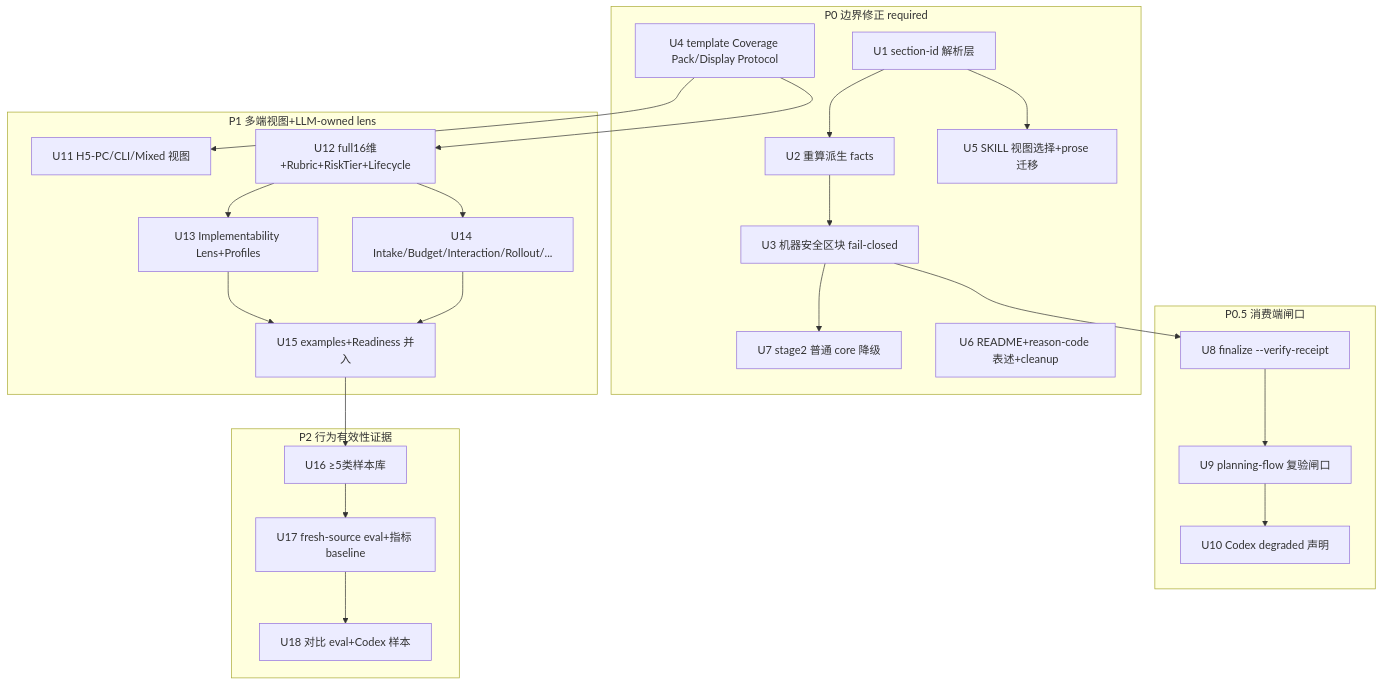
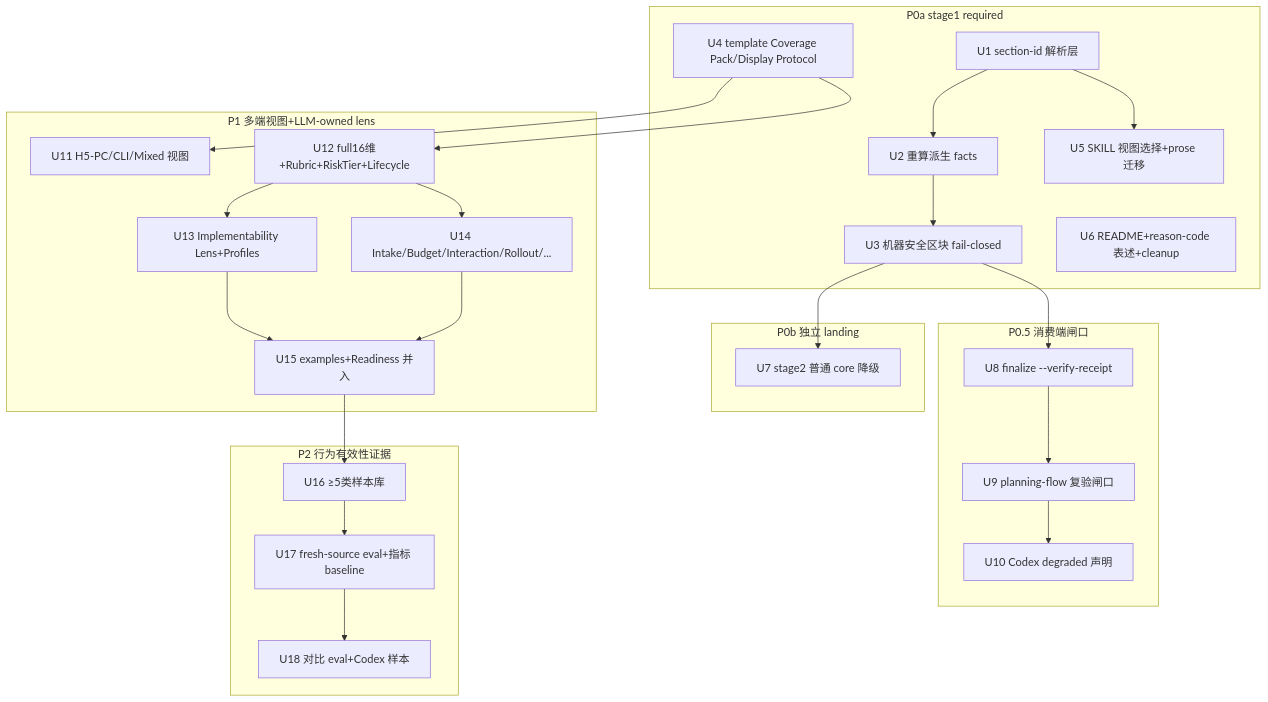
One commit to leo-kuang-ai/spec-first changed the diagram in docs/plans/2026-06-30-002-feat-spec-prd-skill-optimization-plan.md. Above: the diagram before and after it, drawn with Mermaid. The commit also changed other lines of this file and 4 other files, not shown here.

````diff
--- a/docs/plans/2026-06-30-002-feat-spec-prd-skill-optimization-plan.md
+++ b/docs/plans/2026-06-30-002-feat-spec-prd-skill-optimization-plan.md
@@ -600,29 +632,31 @@
 ```mermaid
 flowchart TD
-  subgraph P0[P0 边界修正 required]
+  subgraph P0A[P0a stage1 required]
     U1[U1 section-id 解析层] --> U2[U2 重算派生 facts]
     U2 --> U3[U3 机器安全区块 fail-closed]
-    U3 --> U7[U7 stage2 普通 core 降级]
     U4[U4 template Coverage Pack/Display Protocol]
     U1 --> U5[U5 SKILL 视图选择+prose 迁移]
     U6[U6 README+reason-code 表述+cleanup]
+  end
+  subgraph P0B[P0b 独立 landing]
+    U3 --> U7[U7 stage2 普通 core 降级]
   end
   subgraph P05[P0.5 消费端闸口]
     U3 --> U8[U8 finalize --verify-receipt]
     U8 --> U9[U9 planning-flow 复验闸口]
     U9 --> U10[U10 Codex degraded 声明]
   end
   subgraph P1[P1 多端视图+LLM-owned lens]
     U4 --> U11[U11 H5-PC/CLI/Mixed 视图]
     U4 --> U12[U12 full16维+Rubric+RiskTier+Lifecycle]
     U12 --> U13[U13 Implementability Lens+Profiles]
     U12 --> U14[U14 Intake/Budget/Interaction/Rollout/...]
     U13 --> U15[U15 examples+Readiness 并入]
     U14 --> U15
   end
   subgraph P2[P2 行为有效性证据]
     U15 --> U16[U16 ≥5类样本库]
     U16 --> U17[U17 fresh-source eval+指标 baseline]
     U17 --> U18[U18 对比 eval+Codex 样本]
   end
 ```
````
